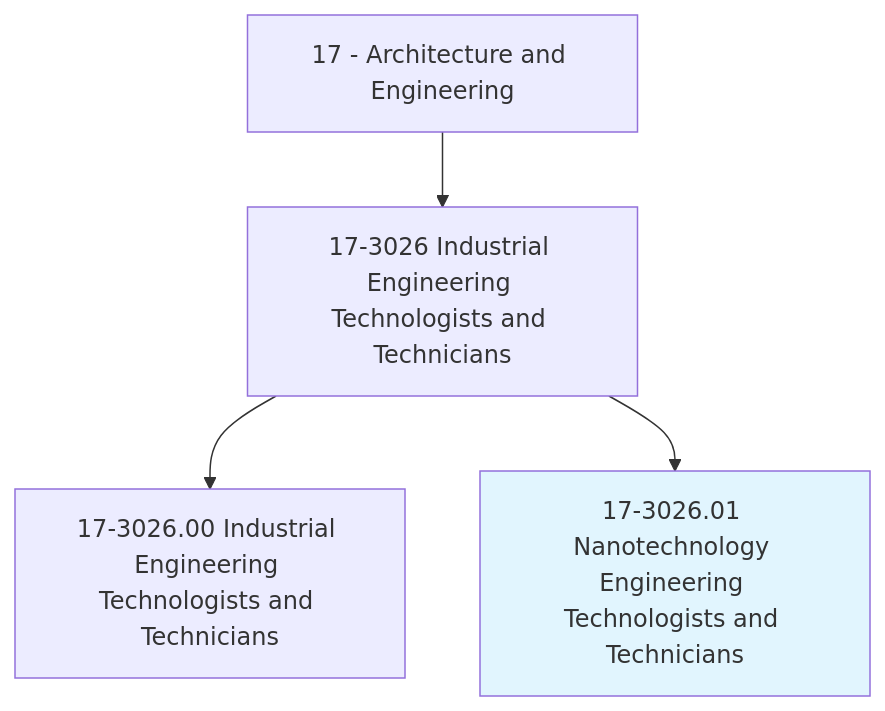
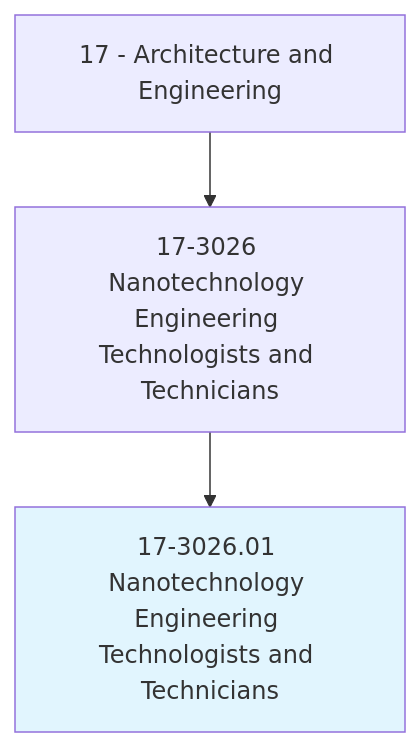
The first of 4 diagrams in occupations/Architecture/NanotechnologyEngineeringTechnologistsAndTechnicians.mdx (kziemski/business.org.ai), drawn with Mermaid before and after one commit. The commit also changed other lines of this file and 938 other files, not shown here.

````diff
--- a/occupations/Architecture/NanotechnologyEngineeringTechnologistsAndTechnicians.mdx
+++ b/occupations/Architecture/NanotechnologyEngineeringTechnologistsAndTechnicians.mdx
@@ -19,7 +23,6 @@
 ```mermaid
 graph TD
-    Cat17["17 - Architecture and Engineering"] --> Group173026["17-3026 Industrial Engineering Technologists and Technicians"]
-    Group173026 --> Base["17-3026.00 Industrial Engineering Technologists and Technicians"]
+    Cat17["17 - Architecture and Engineering"] --> Group173026["17-3026 Nanotechnology Engineering Technologists and Technicians"]
     Group173026 --> Current["17-3026.01 Nanotechnology Engineering Technologists and Technicians"]
     style Current fill:#e1f5fe
 ```
````
